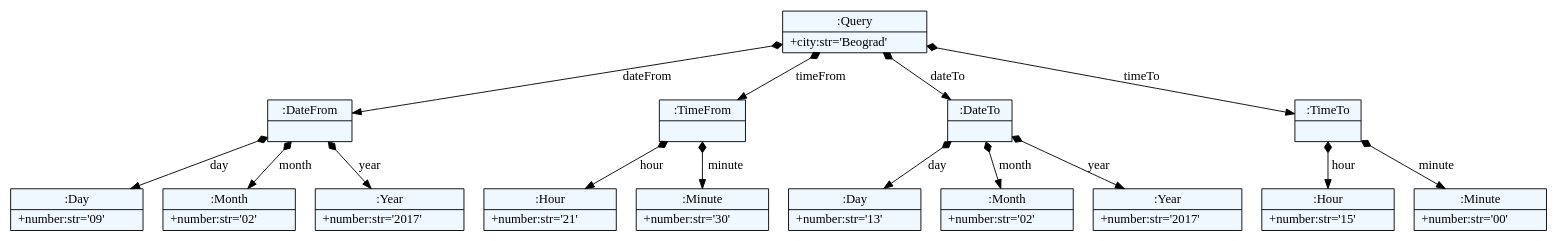
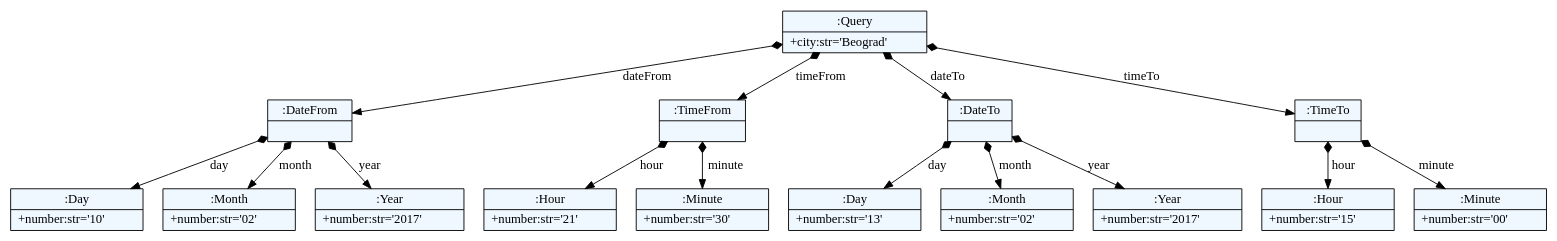
Before and after one commit to ftnE2-tim1-2016-17/jsd: the diagram in textXGrammar/test.dot, drawn with Graphviz. The commit also changed 8 other files, not shown here.

```diff
--- a/textXGrammar/test.dot
+++ b/textXGrammar/test.dot
@@ -1,44 +1,44 @@
 
     digraph xtext {
     fontname = "Bitstream Vera Sans"
     fontsize = 8
     node[
         shape=record,
         style=filled,
         fillcolor=aliceblue
     ]
     nodesep = 0.3
     edge[dir=black,arrowtail=empty]
 
 
-68115216 -> 68115632 [label="dateFrom" arrowtail=diamond dir=both]
-68115632 -> 68115696 [label="day" arrowtail=diamond dir=both]
-68115696[label="{:Day|+number:str='09'\l}"]
-68115632 -> 68115728 [label="month" arrowtail=diamond dir=both]
-68115728[label="{:Month|+number:str='02'\l}"]
-68115632 -> 68115760 [label="year" arrowtail=diamond dir=both]
-68115760[label="{:Year|+number:str='2017'\l}"]
-68115632[label="{:DateFrom|}"]
-68115216 -> 68115600 [label="timeFrom" arrowtail=diamond dir=both]
-68115600 -> 68115856 [label="hour" arrowtail=diamond dir=both]
-68115856[label="{:Hour|+number:str='21'\l}"]
-68115600 -> 68115888 [label="minute" arrowtail=diamond dir=both]
-68115888[label="{:Minute|+number:str='30'\l}"]
-68115600[label="{:TimeFrom|}"]
-68115216 -> 68115664 [label="dateTo" arrowtail=diamond dir=both]
-68115664 -> 68115952 [label="day" arrowtail=diamond dir=both]
-68115952[label="{:Day|+number:str='13'\l}"]
-68115664 -> 68115984 [label="month" arrowtail=diamond dir=both]
-68115984[label="{:Month|+number:str='02'\l}"]
-68115664 -> 68115920 [label="year" arrowtail=diamond dir=both]
-68115920[label="{:Year|+number:str='2017'\l}"]
-68115664[label="{:DateTo|}"]
-68115216 -> 68115824 [label="timeTo" arrowtail=diamond dir=both]
-68115824 -> 68116080 [label="hour" arrowtail=diamond dir=both]
-68116080[label="{:Hour|+number:str='15'\l}"]
-68115824 -> 68116112 [label="minute" arrowtail=diamond dir=both]
-68116112[label="{:Minute|+number:str='00'\l}"]
-68115824[label="{:TimeTo|}"]
-68115216[label="{:Query|+city:str='Beograd'\l}"]
+62293040 -> 62314640 [label="dateFrom" arrowtail=diamond dir=both]
+62314640 -> 62314704 [label="day" arrowtail=diamond dir=both]
+62314704[label="{:Day|+number:str='10'\l}"]
+62314640 -> 62314736 [label="month" arrowtail=diamond dir=both]
+62314736[label="{:Month|+number:str='02'\l}"]
+62314640 -> 62314768 [label="year" arrowtail=diamond dir=both]
+62314768[label="{:Year|+number:str='2017'\l}"]
+62314640[label="{:DateFrom|}"]
+62293040 -> 62314608 [label="timeFrom" arrowtail=diamond dir=both]
+62314608 -> 62314864 [label="hour" arrowtail=diamond dir=both]
+62314864[label="{:Hour|+number:str='21'\l}"]
+62314608 -> 62314896 [label="minute" arrowtail=diamond dir=both]
+62314896[label="{:Minute|+number:str='30'\l}"]
+62314608[label="{:TimeFrom|}"]
+62293040 -> 62314672 [label="dateTo" arrowtail=diamond dir=both]
+62314672 -> 62314960 [label="day" arrowtail=diamond dir=both]
+62314960[label="{:Day|+number:str='13'\l}"]
+62314672 -> 62314992 [label="month" arrowtail=diamond dir=both]
+62314992[label="{:Month|+number:str='02'\l}"]
+62314672 -> 62314928 [label="year" arrowtail=diamond dir=both]
+62314928[label="{:Year|+number:str='2017'\l}"]
+62314672[label="{:DateTo|}"]
+62293040 -> 62314832 [label="timeTo" arrowtail=diamond dir=both]
+62314832 -> 62315088 [label="hour" arrowtail=diamond dir=both]
+62315088[label="{:Hour|+number:str='15'\l}"]
+62314832 -> 62315120 [label="minute" arrowtail=diamond dir=both]
+62315120[label="{:Minute|+number:str='00'\l}"]
+62314832[label="{:TimeTo|}"]
+62293040[label="{:Query|+city:str='Beograd'\l}"]
 
 }
```
